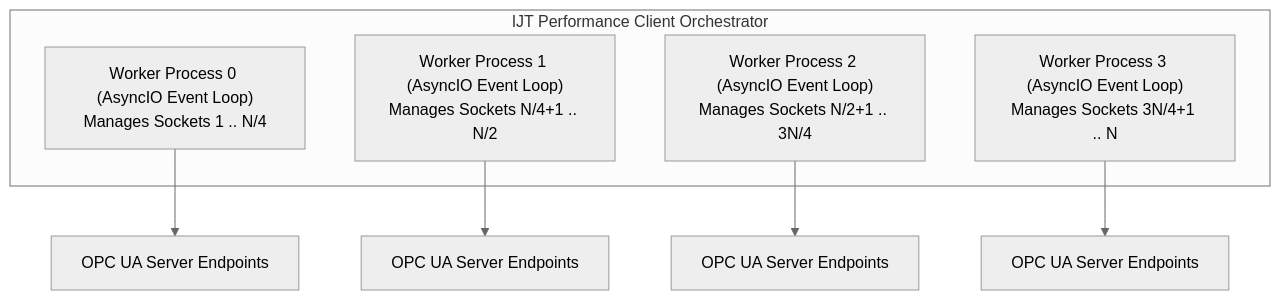
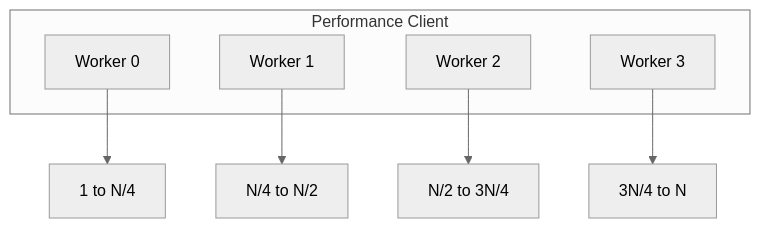
Before and after one commit to umati/UA-for-Industrial-Joining-Technologies: the second of 3 diagrams in OPC_UA_Clients/Release2/IJT_Performance_Client/docs/PERFORMANCE_GUIDE.md, drawn with Mermaid (neutral theme). The commit also changed other lines of this file and 10 other files, not shown here.

````diff
--- a/OPC_UA_Clients/Release2/IJT_Performance_Client/docs/PERFORMANCE_GUIDE.md
+++ b/OPC_UA_Clients/Release2/IJT_Performance_Client/docs/PERFORMANCE_GUIDE.md
@@ -122,13 +207,13 @@
 ```mermaid
 flowchart TD
-    subgraph Orchestrator["IJT Performance Client Orchestrator"]
-        W0["Worker Process 0 (AsyncIO Event Loop)<br/>Manages Sockets 1 .. N/4"]
-        W1["Worker Process 1 (AsyncIO Event Loop)<br/>Manages Sockets N/4+1 .. N/2"]
-        W2["Worker Process 2 (AsyncIO Event Loop)<br/>Manages Sockets N/2+1 .. 3N/4"]
-        W3["Worker Process 3 (AsyncIO Event Loop)<br/>Manages Sockets 3N/4+1 .. N"]
+    subgraph Orchestrator["Performance Client"]
+        W0["Worker 0"]
+        W1["Worker 1"]
+        W2["Worker 2"]
+        W3["Worker 3"]
     end
-    W0 --> E0["OPC UA Server Endpoints"]
-    W1 --> E1["OPC UA Server Endpoints"]
-    W2 --> E2["OPC UA Server Endpoints"]
-    W3 --> E3["OPC UA Server Endpoints"]
+    W0 --> E0["1 to N/4"]
+    W1 --> E1["N/4 to N/2"]
+    W2 --> E2["N/2 to 3N/4"]
+    W3 --> E3["3N/4 to N"]
 ```
````
